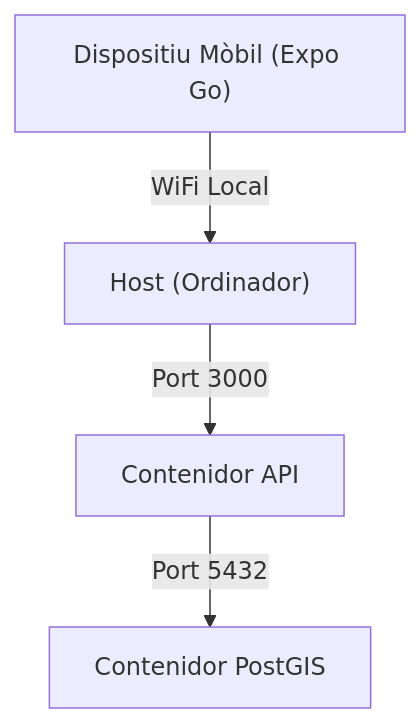
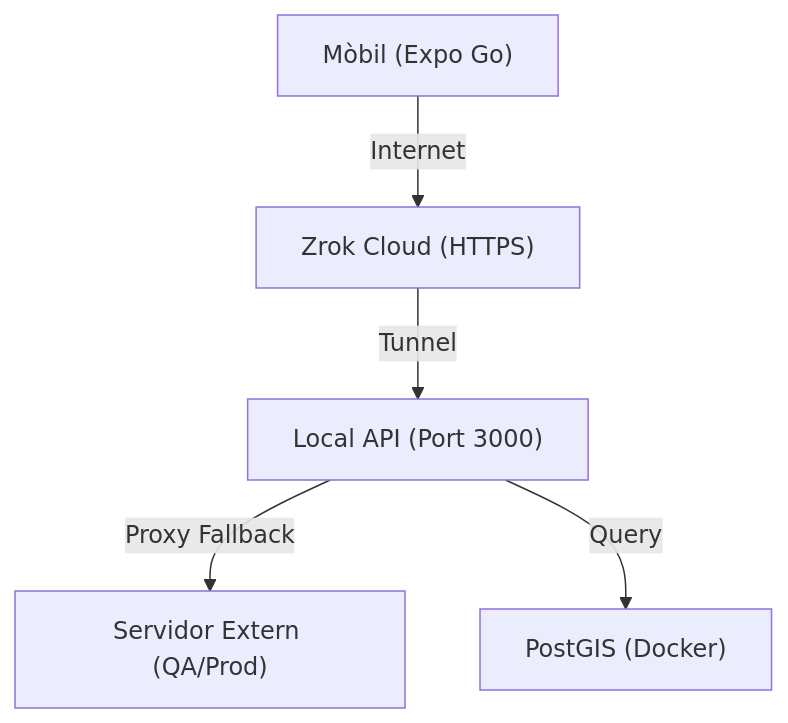
The diagram in docs/SETUP_GUIDE.md (cdc-grup/app_lattice_project), drawn with Mermaid before and after one commit. The commit also changed other lines of this file and 8 other files, not shown here.

````diff
--- a/docs/SETUP_GUIDE.md
+++ b/docs/SETUP_GUIDE.md
@@ -97,6 +81,7 @@
 ```mermaid
 graph TD
-    A["Dispositiu Mòbil (Expo Go)"] -- "WiFi Local" --> B["Host (Ordinador)"]
-    B -- "Port 3000" --> C["Contenidor API"]
-    C -- "Port 5432" --> D["Contenidor PostGIS"]
+    A["Mòbil (Expo Go)"] -- "Internet" --> B["Zrok Cloud (HTTPS)"]
+    B -- "Tunnel" --> C["Local API (Port 3000)"]
+    C -- "Proxy Fallback" --> D["Servidor Extern (QA/Prod)"]
+    C -- "Query" --> E["PostGIS (Docker)"]
 ```
````
